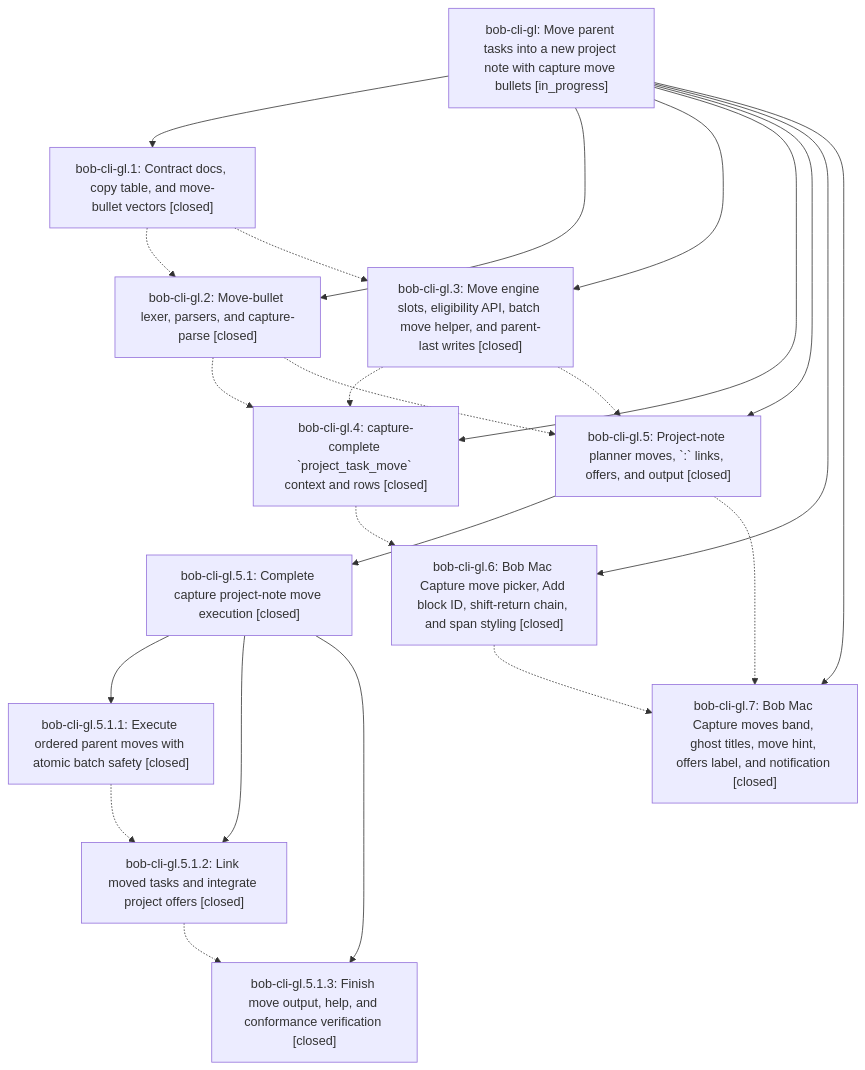
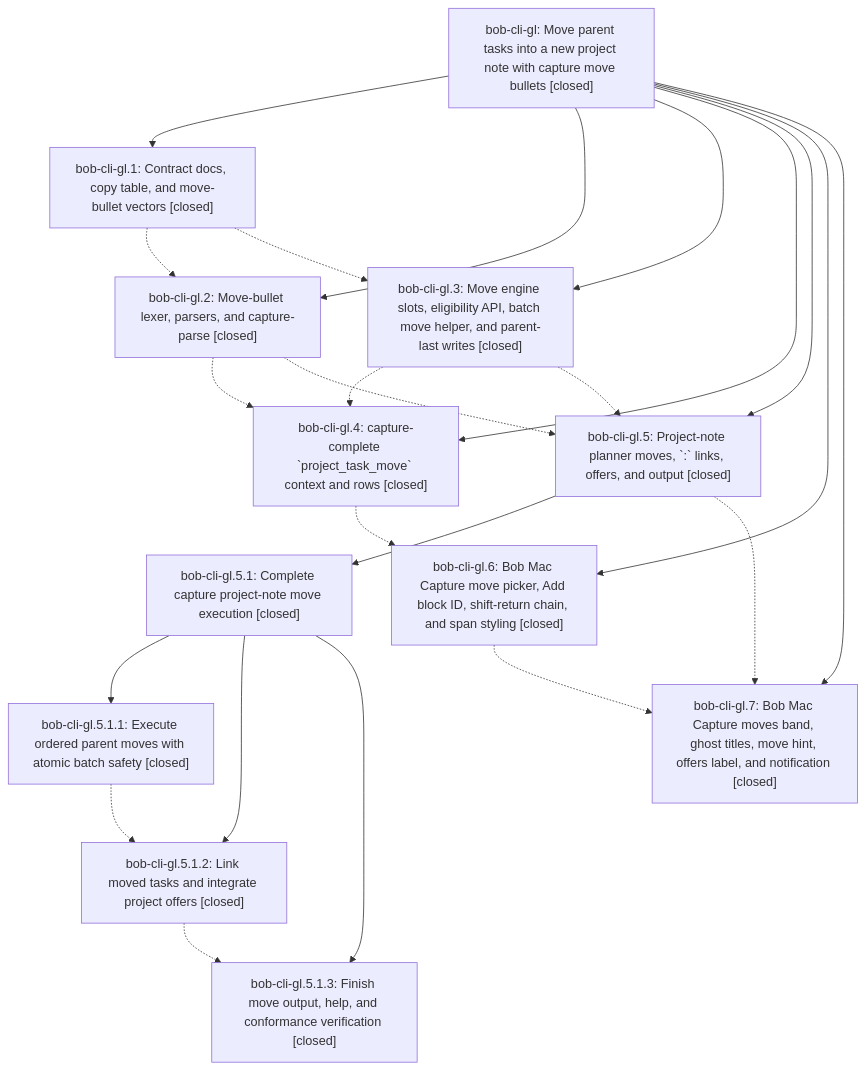
One commit to bobs-org/bob-cli--beads changed the diagram in pages/bob-cli-gl/README.md. Above: the diagram before and after it, drawn with Mermaid. The commit also changed other lines of this file and 1 other file, not shown here.

First line of the commit message:
chore(beads): sync bead state and pages for bob-cli-gl

````diff
--- a/pages/bob-cli-gl/README.md
+++ b/pages/bob-cli-gl/README.md
@@ -42,37 +46,37 @@
 ```mermaid
 flowchart TD
-    n0["bob-cli-gl: Move parent tasks into a new project note with capture move bullets [in_progress]"]
+    n0["bob-cli-gl: Move parent tasks into a new project note with capture move bullets [closed]"]
     n1["bob-cli-gl.1: Contract docs, copy table, and move-bullet vectors [closed]"]
     n2["bob-cli-gl.2: Move-bullet lexer, parsers, and capture-parse [closed]"]
     n3["bob-cli-gl.3: Move engine slots, eligibility API, batch move helper, and parent-last writes [closed]"]
     n4["bob-cli-gl.4: capture-complete `project_task_move` context and rows [closed]"]
     n5["bob-cli-gl.5: Project-note planner moves, `:` links, offers, and output [closed]"]
     n6["bob-cli-gl.5.1: Complete capture project-note move execution [closed]"]
     n7["bob-cli-gl.5.1.1: Execute ordered parent moves with atomic batch safety [closed]"]
     n8["bob-cli-gl.5.1.2: Link moved tasks and integrate project offers [closed]"]
     n9["bob-cli-gl.5.1.3: Finish move output, help, and conformance verification [closed]"]
     n10["bob-cli-gl.6: Bob Mac Capture move picker, Add block ID, shift-return chain, and span styling [closed]"]
     n11["bob-cli-gl.7: Bob Mac Capture moves band, ghost titles, move hint, offers label, and notification [closed]"]
     n0 --> n1
     n0 --> n2
     n0 --> n3
     n0 --> n4
     n0 --> n5
     n5 --> n6
     n6 --> n7
     n6 --> n8
     n6 --> n9
     n0 --> n10
     n0 --> n11
     n1 -.-> n2
     n1 -.-> n3
     n2 -.-> n4
     n2 -.-> n5
     n3 -.-> n4
     n3 -.-> n5
     n4 -.-> n10
     n5 -.-> n11
     n7 -.-> n8
     n8 -.-> n9
     n10 -.-> n11
 ```
````
